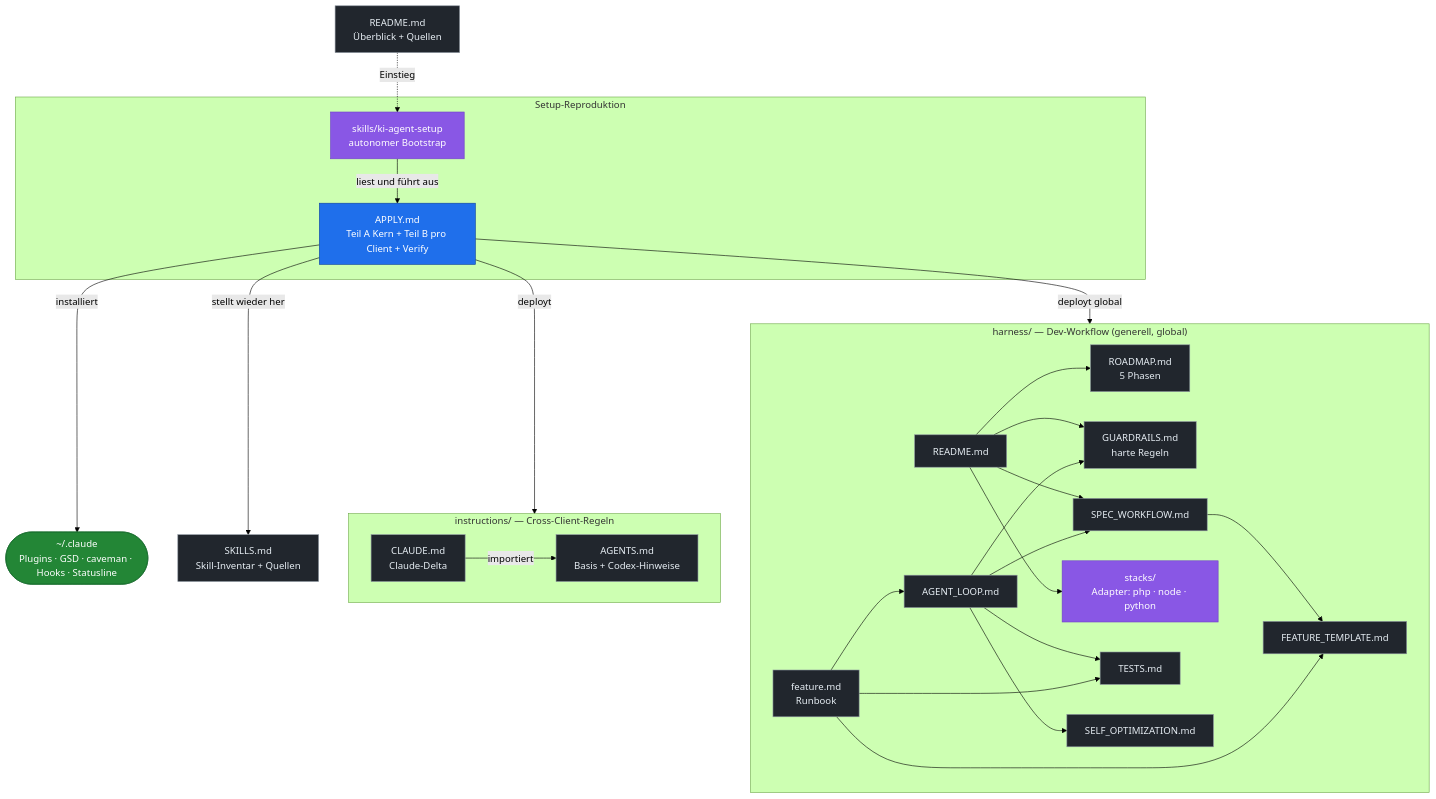
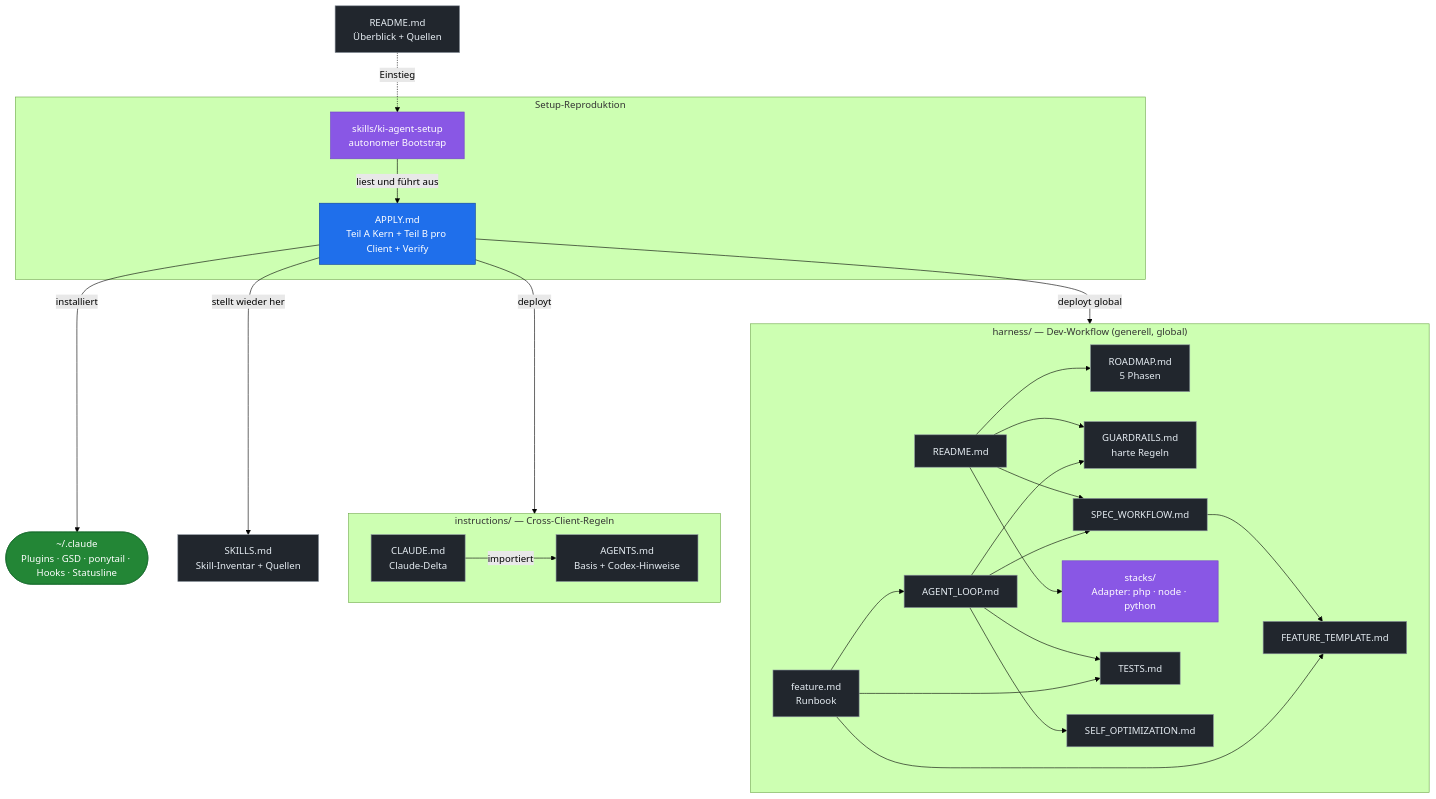
Before and after one commit to derivo/ki-agent-setup: the diagram in README.md, drawn with Mermaid (forest theme). The commit also changed other lines of this file and 6 other files, not shown here.

First line of the commit message:
instructions: switch the active Claude Code mode to ponytail

````diff
--- a/README.md
+++ b/README.md
@@ -142,47 +146,47 @@
 ```mermaid
 flowchart TD
     README["README.md<br/>Überblick + Quellen"]:::doc
 
     subgraph SETUP[" Setup-Reproduktion "]
         SKILL["skills/ki-agent-setup<br/>autonomer Bootstrap"]:::skill
         APPLY["APPLY.md<br/>Teil A Kern + Teil B pro Client + Verify"]:::core
         SKILL -->|liest und führt aus| APPLY
     end
 
     subgraph INSTR[" instructions/ — Cross-Client-Regeln "]
         AGENTS["AGENTS.md<br/>Basis + Codex-Hinweise"]:::doc
         CLAUDE["CLAUDE.md<br/>Claude-Delta"]:::doc
         CLAUDE -->|importiert| AGENTS
     end
 
     SKILLS["SKILLS.md<br/>Skill-Inventar + Quellen"]:::doc
-    TOOLS(["~/.claude<br/>Plugins · GSD · caveman · Hooks · Statusline"]):::target
+    TOOLS(["~/.claude<br/>Plugins · GSD · ponytail · Hooks · Statusline"]):::target
 
     subgraph HARN[" harness/ — Dev-Workflow (generell, global) "]
         HREADME["README.md"]:::doc
         ROADMAP["ROADMAP.md<br/>5 Phasen"]:::doc
         GUARD["GUARDRAILS.md<br/>harte Regeln"]:::doc
         SPECW["SPEC_WORKFLOW.md"]:::doc
         FEATT["FEATURE_TEMPLATE.md"]:::doc
         TESTS["TESTS.md"]:::doc
         LOOP["AGENT_LOOP.md"]:::doc
         SELF["SELF_OPTIMIZATION.md"]:::doc
         FEAT["feature.md<br/>Runbook"]:::doc
         PHPAD["stacks/<br/>Adapter: php · node · python"]:::skill
         HREADME --> ROADMAP & GUARD & SPECW & PHPAD
         SPECW --> FEATT
         LOOP --> GUARD & TESTS & SPECW & SELF
         FEAT --> LOOP & FEATT & TESTS
     end
 
     README -. Einstieg .-> SKILL
     APPLY -->|deployt| INSTR
     APPLY -->|installiert| TOOLS
     APPLY -->|stellt wieder her| SKILLS
     APPLY -->|deployt global| HARN
 
     classDef core fill:#1f6feb,stroke:#0d419d,color:#fff;
     classDef skill fill:#8957e5,stroke:#6e40c9,color:#fff;
     classDef doc fill:#21262d,stroke:#8b949e,color:#e6edf3;
     classDef target fill:#238636,stroke:#196c2e,color:#fff;
 ```
````
